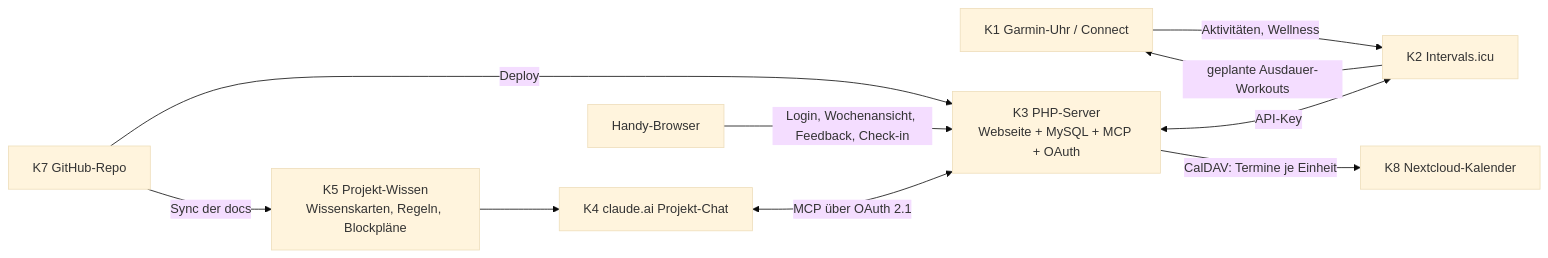
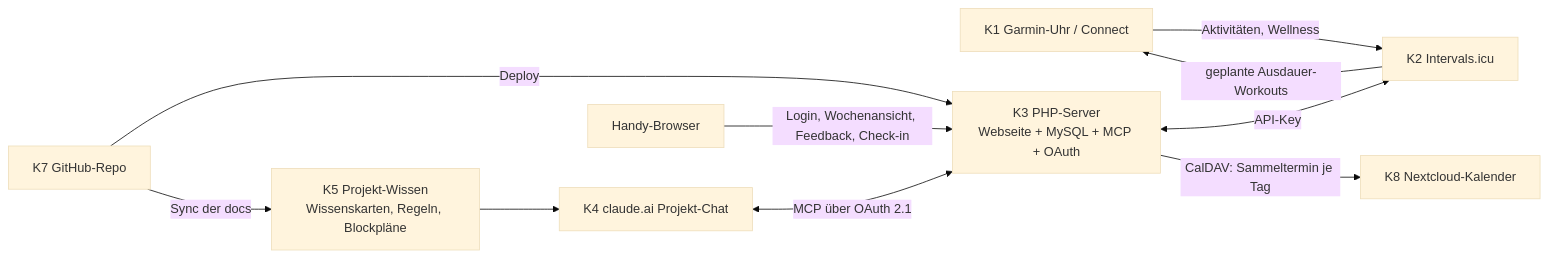
The diagram in docs/konzept/konzept-ki-personal-trainer.md (chodid/training), drawn with Mermaid (base theme) before and after one commit. The commit also changed other lines of this file and 13 other files, not shown here.

````diff
--- a/docs/konzept/konzept-ki-personal-trainer.md
+++ b/docs/konzept/konzept-ki-personal-trainer.md
@@ -87,21 +87,21 @@
 ```mermaid
 flowchart LR
   Uhr[K1 Garmin-Uhr / Connect]
   ICU[K2 Intervals.icu]
   SRV[K3 PHP-Server\nWebseite + MySQL + MCP + OAuth]
   CHAT[K4 claude.ai Projekt-Chat]
   WISSEN[K5 Projekt-Wissen\nWissenskarten, Regeln, Blockpläne]
   CAL[K8 Nextcloud-Kalender]
   REPO[K7 GitHub-Repo]
   HANDY[Handy-Browser]
 
   Uhr -- Aktivitäten, Wellness --> ICU
   ICU -- geplante Ausdauer-Workouts --> Uhr
   SRV <-- API-Key --> ICU
   HANDY -- Login, Wochenansicht, Feedback, Check-in --> SRV
   CHAT <-- MCP über OAuth 2.1 --> SRV
   WISSEN --> CHAT
   REPO -- Deploy --> SRV
   REPO -- Sync der docs --> WISSEN
-  SRV -- CalDAV: Termine je Einheit --> CAL
+  SRV -- CalDAV: Sammeltermin je Tag --> CAL
 ```
````
